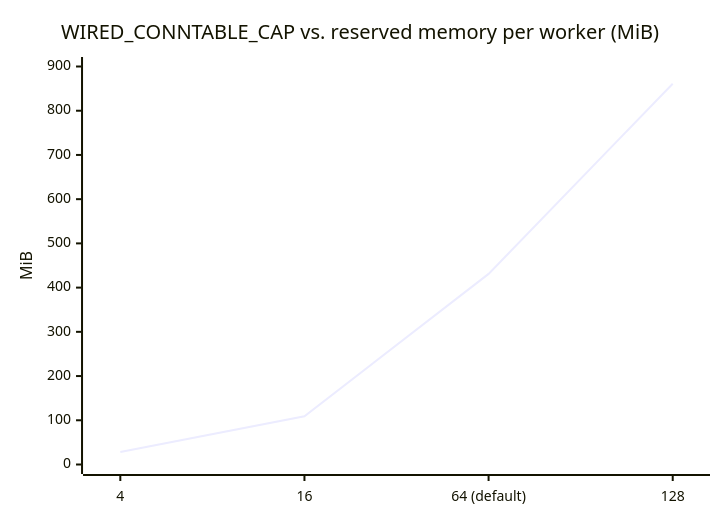
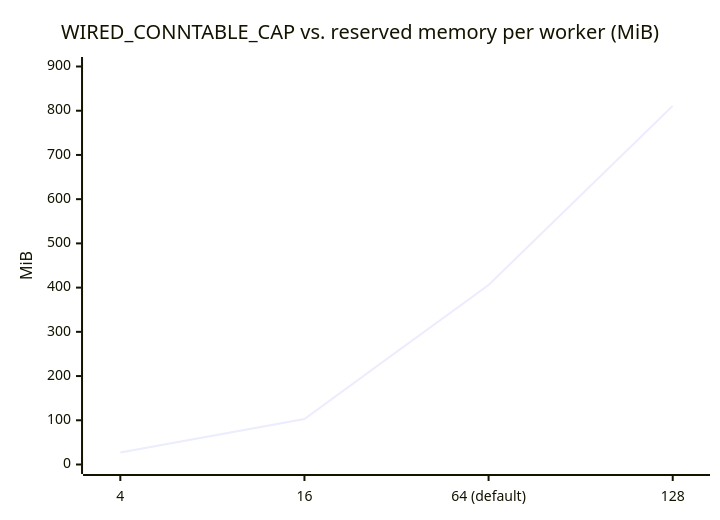
Before and after one commit to Hakkadaikon/wired: the ninth of 9 diagrams in docs/arch/memory.md, drawn with Mermaid. The commit also changed other lines of this file and 17 other files, not shown here.

````diff
--- a/docs/arch/memory.md
+++ b/docs/arch/memory.md
@@ -178,7 +184,7 @@
 ```mermaid
 xychart-beta
     title "WIRED_CONNTABLE_CAP vs. reserved memory per worker (MiB)"
     x-axis ["4", "16", "64 (default)", "128"]
     y-axis "MiB" 0 --> 900
-    line [28.5, 109, 431, 861]
+    line [26.9, 103, 406, 811]
 ```
````
